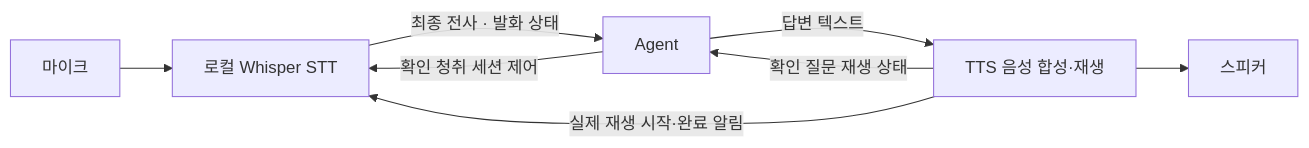
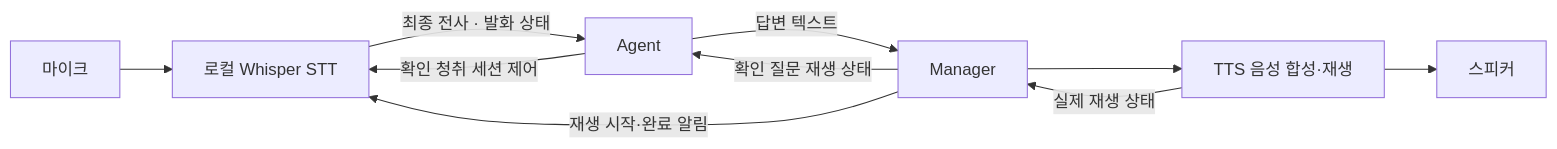
One commit to SWM-malbut/malbut changed the first of 2 diagrams in malbut_test/malbut_stt/docs/stt_agent.md. Above: the diagram before and after it, drawn with Mermaid. The commit also changed other lines of this file and 49 other files, not shown here.

````diff
--- a/malbut_test/malbut_stt/docs/stt_agent.md
+++ b/malbut_test/malbut_stt/docs/stt_agent.md
@@ -2,10 +2,12 @@
 ```mermaid
 flowchart LR
     M["마이크"] --> S["로컬 Whisper STT"]
     S -->|"최종 전사 · 발화 상태"| A["Agent"]
     A -->|"확인 청취 세션 제어"| S
-    A -->|"답변 텍스트"| T["TTS 음성 합성·재생"]
+    A -->|"답변 텍스트"| G["Manager"]
+    G --> T["TTS 음성 합성·재생"]
     T --> SP["스피커"]
-    T -->|"실제 재생 시작·완료 알림"| S
-    T -->|"확인 질문 재생 상태"| A
+    T -->|"실제 재생 상태"| G
+    G -->|"재생 시작·완료 알림"| S
+    G -->|"확인 질문 재생 상태"| A
 ```
````
